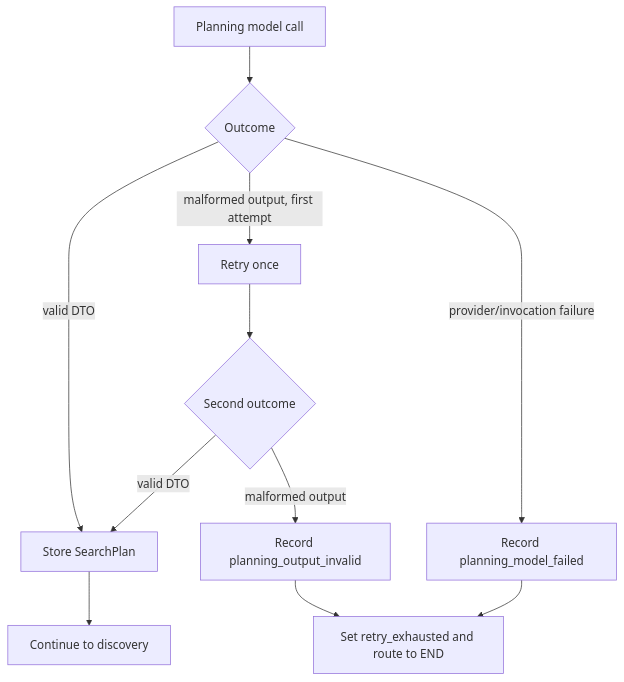
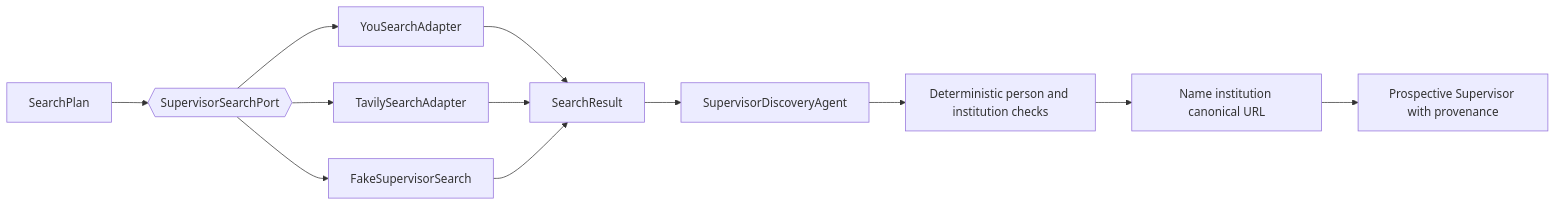
The third of 14 diagrams in projects/scholar-path/docs/architecture.md (shanly-rajan/ai-builder), drawn with Mermaid before and after one commit. The commit also changed other lines of this file and 57 other files, not shown here.

````diff
--- a/projects/scholar-path/docs/architecture.md
+++ b/projects/scholar-path/docs/architecture.md
@@ -66,13 +80,14 @@
 ```mermaid
-flowchart TD
-    Call[Planning model call] --> Result{Outcome}
-    Result -->|valid DTO| Plan[Store SearchPlan]
-    Result -->|malformed output, first attempt| Retry[Retry once]
-    Retry --> Result2{Second outcome}
-    Result2 -->|valid DTO| Plan
-    Result2 -->|malformed output| Invalid[Record planning_output_invalid]
-    Result -->|provider/invocation failure| Failed[Record planning_model_failed]
-    Invalid --> Stop[Set retry_exhausted and route to END]
-    Failed --> Stop
-    Plan --> Discovery[Continue to discovery]
+flowchart LR
+    Plan[SearchPlan] --> Port{{SupervisorSearchPort}}
+    Port --> You[YouSearchAdapter]
+    Port --> Tavily[TavilySearchAdapter]
+    Port --> Fake[FakeSupervisorSearch]
+    You --> Result[SearchResult]
+    Tavily --> Result
+    Fake --> Result
+    Result --> Agent[SupervisorDiscoveryAgent]
+    Agent --> Quality[Deterministic person and institution checks]
+    Quality --> Dedupe[Name institution canonical URL]
+    Dedupe --> PS[Prospective Supervisor with provenance]
 ```
````
